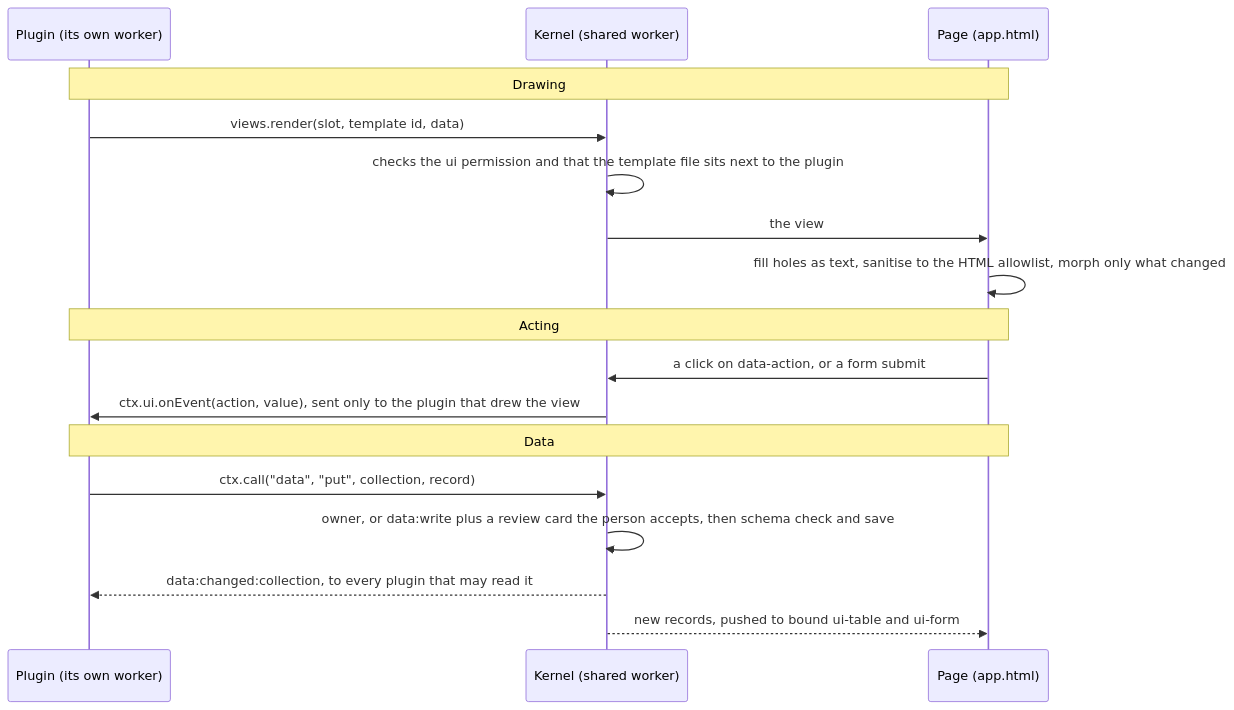
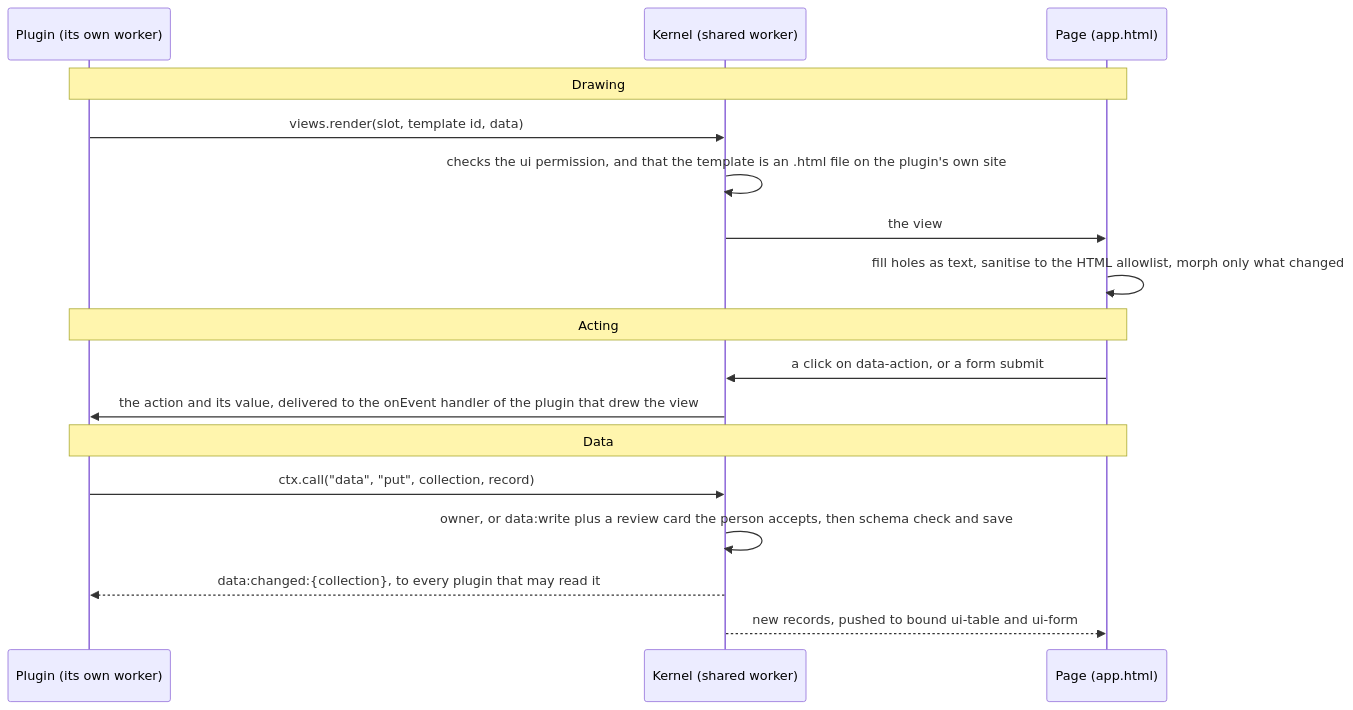
The diagram in docs/guide/how-an-app-works.md (PaulKinlan/ExtensibleWebApps), drawn with Mermaid before and after one commit. The commit also changed 3 other files, not shown here.

First line of the commit message:
Diagram says what the kernel checks, and names data:changed:<collection>

````diff
--- a/docs/guide/how-an-app-works.md
+++ b/docs/guide/how-an-app-works.md
@@ -39,22 +39,22 @@
 ```mermaid
 sequenceDiagram
     participant P as Plugin (its own worker)
     participant K as Kernel (shared worker)
     participant H as Page (app.html)
 
     Note over P,H: Drawing
     P->>K: views.render(slot, template id, data)
-    K->>K: checks the ui permission and that the template file sits next to the plugin
+    K->>K: checks the ui permission, and that the template is an .html file on the plugin's own site
     K->>H: the view
     H->>H: fill holes as text, sanitise to the HTML allowlist, morph only what changed
 
     Note over P,H: Acting
     H->>K: a click on data-action, or a form submit
-    K->>P: ctx.ui.onEvent(action, value), sent only to the plugin that drew the view
+    K->>P: the action and its value, delivered to the onEvent handler of the plugin that drew the view
 
     Note over P,H: Data
     P->>K: ctx.call("data", "put", collection, record)
     K->>K: owner, or data:write plus a review card the person accepts, then schema check and save
-    K-->>P: data:changed:collection, to every plugin that may read it
+    K-->>P: data:changed:{collection}, to every plugin that may read it
     K-->>H: new records, pushed to bound ui-table and ui-form
 ```
````
